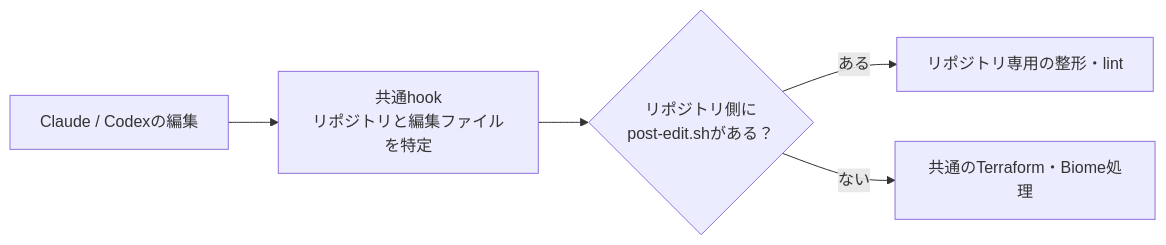
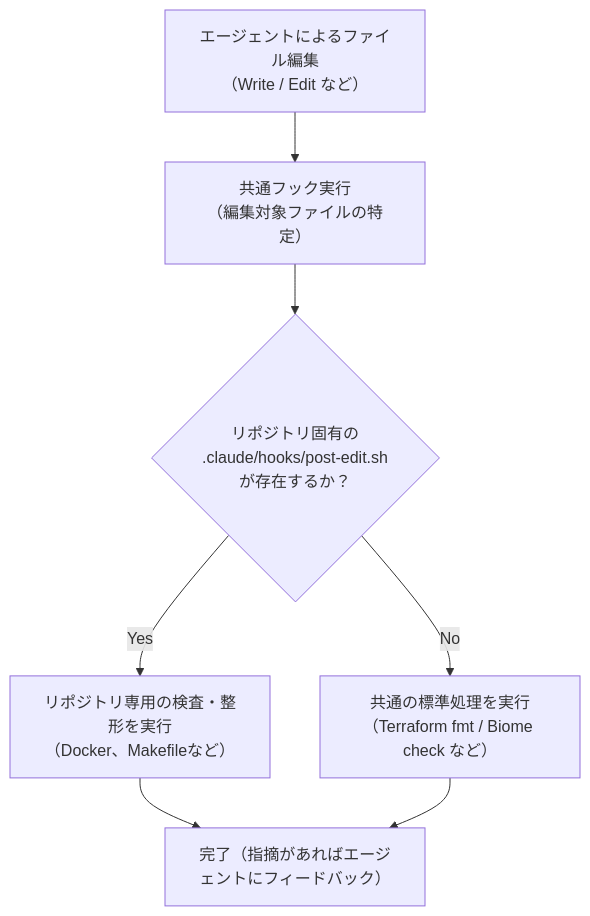
Before and after one commit to shin4488/agent-plugins: the diagram in README.md, drawn with Mermaid. The commit also changed other lines of this file, not shown here.

````diff
--- a/README.md
+++ b/README.md
@@ -43,7 +47,9 @@
 ```mermaid
-flowchart LR
-    A["Claude / Codexの編集"] --> B["共通hook<br>リポジトリと編集ファイルを特定"]
-    B --> C{"リポジトリ側に<br>post-edit.shがある？"}
-    C -->|ある| D["リポジトリ専用の整形・lint"]
-    C -->|ない| E["共通のTerraform・Biome処理"]
+flowchart TD
+    Edit["エージェントによるファイル編集<br>（Write / Edit など）"] --> Hook["共通フック実行<br>（編集対象ファイルの特定）"]
+    Hook --> Check{"リポジトリ固有の<br>.claude/hooks/post-edit.sh<br>が存在するか？"}
+    Check -->|Yes| Custom["リポジトリ専用の検査・整形を実行<br>（Docker、Makefileなど）"]
+    Check -->|No| Default["共通の標準処理を実行<br>（Terraform fmt / Biome check など）"]
+    Custom --> Finish["完了（指摘があればエージェントにフィードバック）"]
+    Default --> Finish
 ```
````
